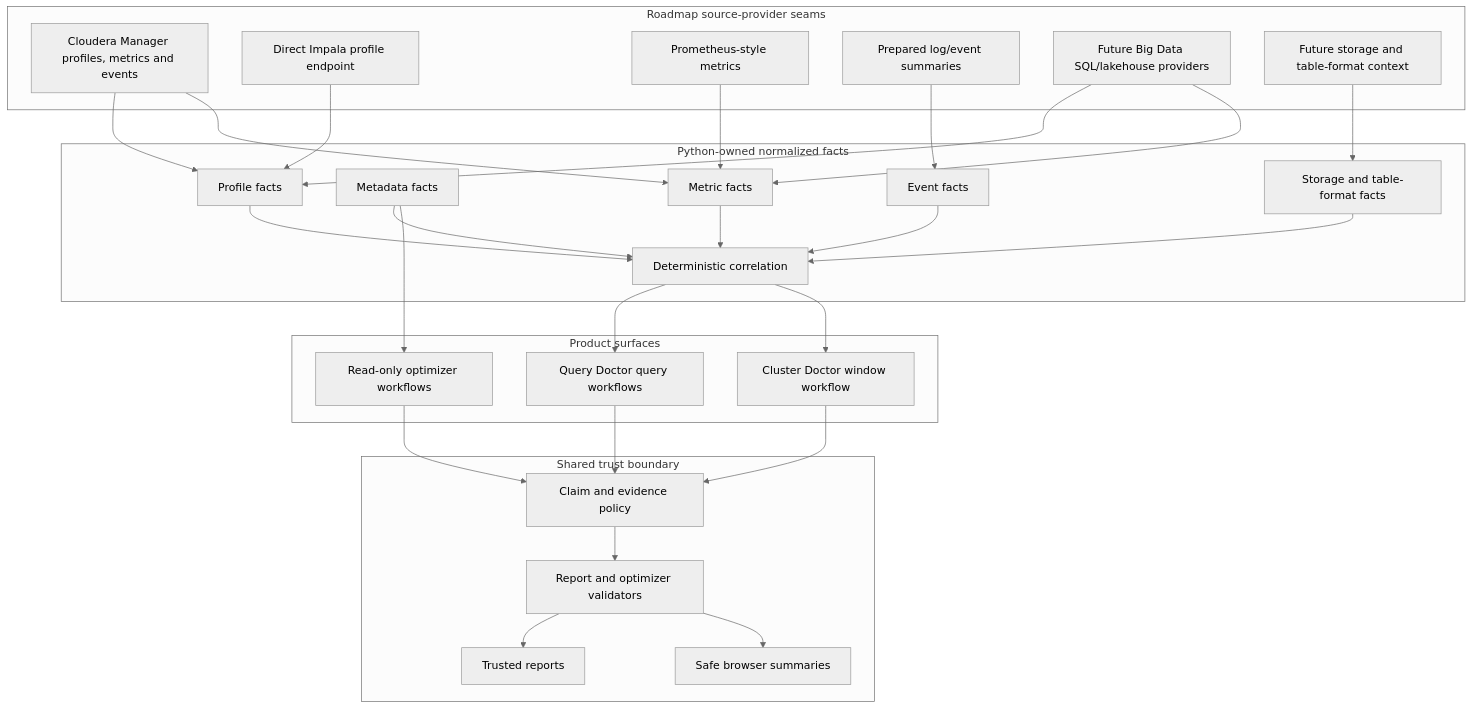
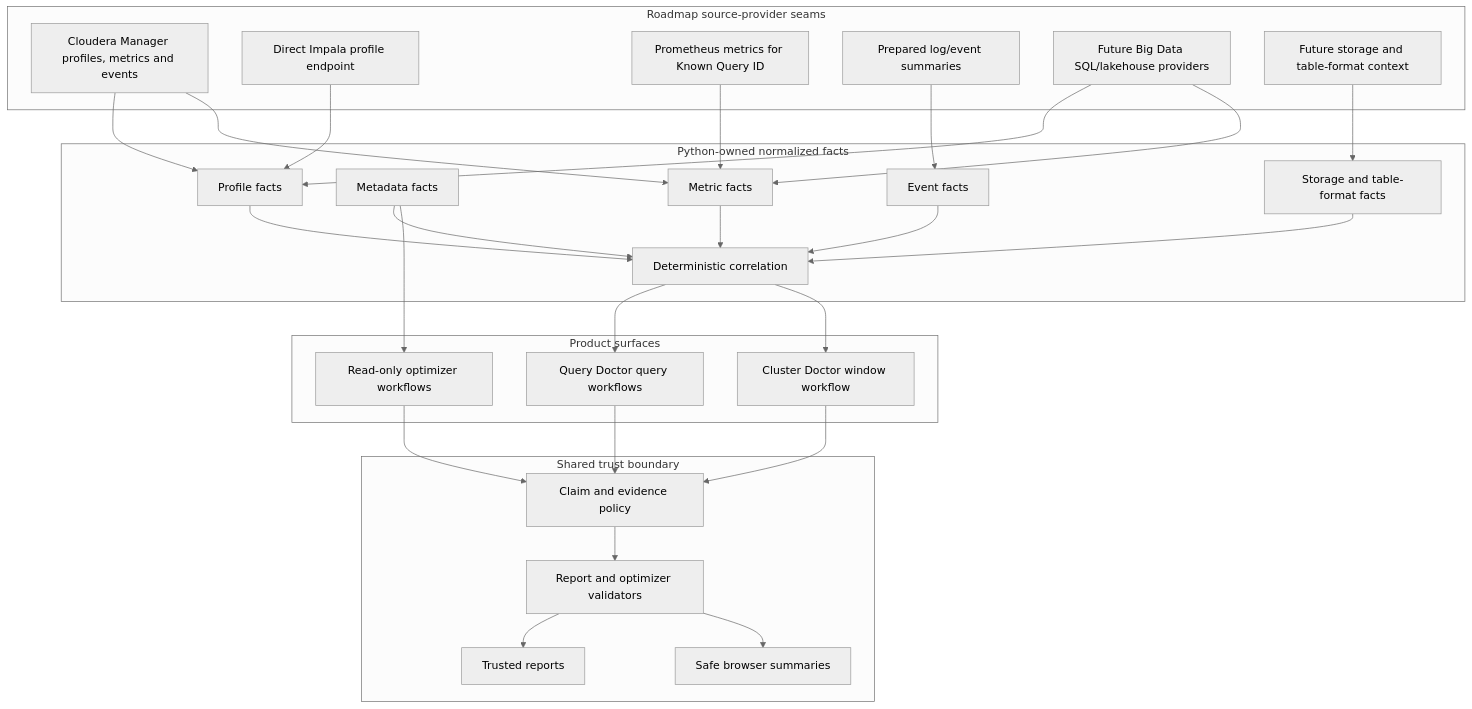
Before and after one commit to alexandrefimov/Query-Doctor: the second of 3 diagrams in docs/architecture.md, drawn with Mermaid (neutral theme). The commit also changed other lines of this file and 19 other files, not shown here.

Commit message:
feat: add Prometheus runtime metrics for direct Impala

````diff
--- a/docs/architecture.md
+++ b/docs/architecture.md
@@ -96,56 +97,56 @@
 ```mermaid
 flowchart TD
     subgraph Providers["Roadmap source-provider seams"]
         CMProvider[Cloudera Manager profiles, metrics and events]
         ImpalaDaemon[Direct Impala profile endpoint]
-        PromProvider[Prometheus-style metrics]
+        PromProvider[Prometheus metrics for Known Query ID]
         EventProvider[Prepared log/event summaries]
         LakehouseProvider[Future Big Data SQL/lakehouse providers]
         StorageProvider[Future storage and table-format context]
     end
 
     subgraph Normalized["Python-owned normalized facts"]
         ProfileFacts[Profile facts]
         MetadataFacts[Metadata facts]
         StorageFacts[Storage and table-format facts]
         MetricFacts[Metric facts]
         EventFacts[Event facts]
         Correlation[Deterministic correlation]
     end
 
     subgraph Products["Product surfaces"]
         QueryDoctor[Query Doctor query workflows]
         ClusterDoctor[Cluster Doctor window workflow]
         OptimizerSurface[Read-only optimizer workflows]
     end
 
     subgraph TrustBoundary["Shared trust boundary"]
         ClaimRegistry[Claim and evidence policy]
         Validators[Report and optimizer validators]
         Reports[Trusted reports]
         Browser[Safe browser summaries]
     end
 
     CMProvider --> ProfileFacts
     CMProvider --> MetricFacts
     ImpalaDaemon --> ProfileFacts
     PromProvider --> MetricFacts
     EventProvider --> EventFacts
     LakehouseProvider --> ProfileFacts
     LakehouseProvider --> MetricFacts
     StorageProvider --> StorageFacts
     ProfileFacts --> Correlation
     MetadataFacts --> Correlation
     StorageFacts --> Correlation
     MetricFacts --> Correlation
     EventFacts --> Correlation
     Correlation --> QueryDoctor
     Correlation --> ClusterDoctor
     MetadataFacts --> OptimizerSurface
     QueryDoctor --> ClaimRegistry
     ClusterDoctor --> ClaimRegistry
     OptimizerSurface --> ClaimRegistry
     ClaimRegistry --> Validators
     Validators --> Reports
     Validators --> Browser
 ```
````
